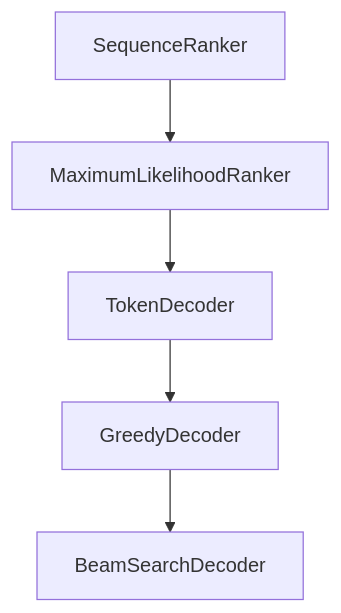
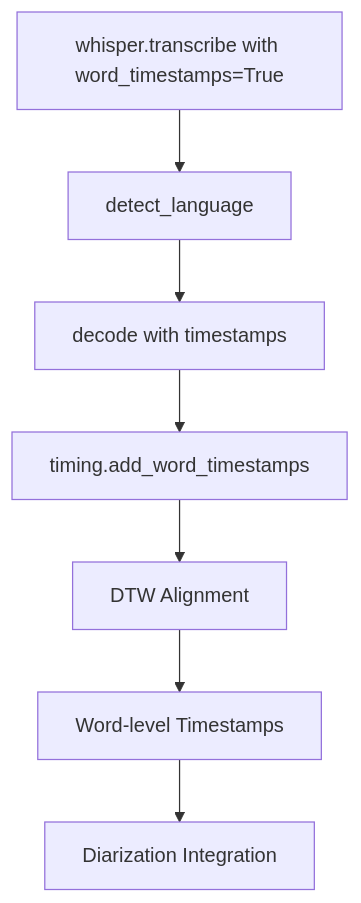
One commit to johnxie/awesome-code-docs changed the diagram in tutorials/openai-whisper-tutorial/06-advanced-features.md. Above: the diagram before and after it, drawn with Mermaid. The commit also changed other lines of this file and 1232 other files, not shown here.

````diff
--- a/tutorials/openai-whisper-tutorial/06-advanced-features.md
+++ b/tutorials/openai-whisper-tutorial/06-advanced-features.md
@@ -273,12 +124,9 @@
 ```mermaid
 flowchart TD
-    A[SequenceRanker]
-    B[MaximumLikelihoodRanker]
-    C[TokenDecoder]
-    D[GreedyDecoder]
-    E[BeamSearchDecoder]
-    A --> B
-    B --> C
-    C --> D
-    D --> E
+    A[whisper.transcribe with word_timestamps=True] --> B[detect_language]
+    B --> C[decode with timestamps]
+    C --> D[timing.add_word_timestamps]
+    D --> E[DTW Alignment]
+    E --> F[Word-level Timestamps]
+    F --> G[Diarization Integration]
 ```
````
